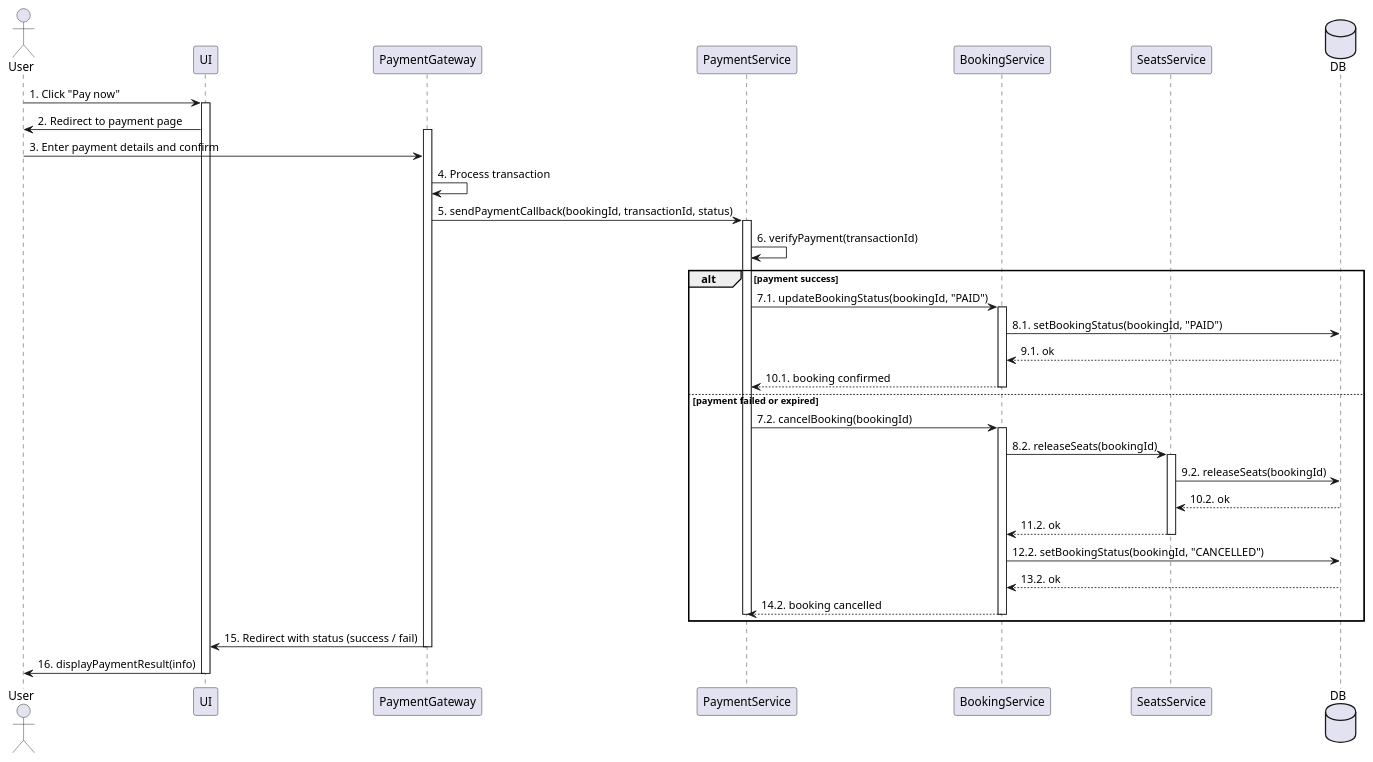
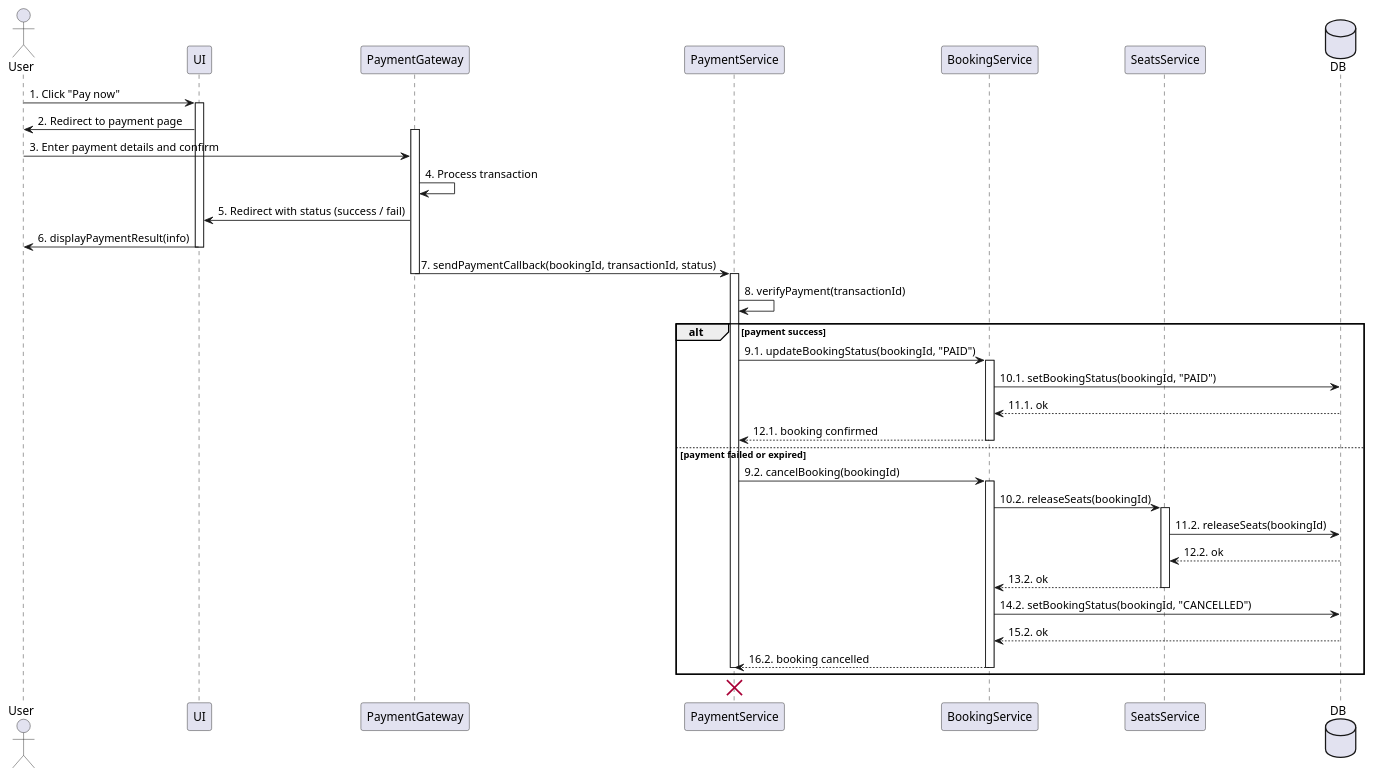
The diagram in Lab3/pay-online.puml (Fererra/KPI), drawn with PlantUML before and after one commit. The commit also changed 1 other file, not shown here.

Commit message:
refactor: update the online payment sequence diagram

```diff
--- a/Lab3/pay-online.puml
+++ b/Lab3/pay-online.puml
@@ -1,48 +1,49 @@
 @startuml
 actor User
 participant UI
 participant PaymentGateway as PG
 participant PaymentService as PS
 participant BookingService as BS
 participant SeatsService as SS
 database DB
 
 User -> UI : 1. Click "Pay now"
 activate UI
 UI -> User : 2. Redirect to payment page
 activate PG
 User -> PG : 3. Enter payment details and confirm
 PG -> PG : 4. Process transaction 
-PG -> PS : 5. sendPaymentCallback(bookingId, transactionId, status)
+PG -> UI : 5. Redirect with status (success / fail)
+UI -> User : 6. displayPaymentResult(info)
+deactivate UI
+PG -> PS : 7. sendPaymentCallback(bookingId, transactionId, status)
+deactivate PG
 activate PS
 
-PS -> PS : 6. verifyPayment(transactionId)
+PS -> PS : 8. verifyPayment(transactionId)
 
 alt payment success
-    PS -> BS : 7.1. updateBookingStatus(bookingId, "PAID")
+    PS -> BS : 9.1. updateBookingStatus(bookingId, "PAID")
     activate BS
-    BS -> DB : 8.1. setBookingStatus(bookingId, "PAID")
-    DB --> BS : 9.1. ok
-    BS --> PS : 10.1. booking confirmed
+    BS -> DB : 10.1. setBookingStatus(bookingId, "PAID")
+    DB --> BS : 11.1. ok
+    BS --> PS : 12.1. booking confirmed
     deactivate BS
 else payment failed or expired
-    PS -> BS : 7.2. cancelBooking(bookingId)
+    PS -> BS : 9.2. cancelBooking(bookingId)
     activate BS
-    BS -> SS : 8.2. releaseSeats(bookingId)
+    BS -> SS : 10.2. releaseSeats(bookingId)
     activate SS
-    SS -> DB : 9.2. releaseSeats(bookingId)
-    DB --> SS : 10.2. ok
-    SS --> BS : 11.2. ok
+    SS -> DB : 11.2. releaseSeats(bookingId)
+    DB --> SS : 12.2. ok
+    SS --> BS : 13.2. ok
     deactivate SS
-    BS -> DB : 12.2. setBookingStatus(bookingId, "CANCELLED")
-    DB --> BS : 13.2. ok
-    BS --> PS : 14.2. booking cancelled
+    BS -> DB : 14.2. setBookingStatus(bookingId, "CANCELLED")
+    DB --> BS : 15.2. ok
+    BS --> PS : 16.2. booking cancelled
     deactivate PS
     deactivate BS
 end
 
-PG -> UI : 15. Redirect with status (success / fail)
-deactivate PG
-UI -> User : 16. displayPaymentResult(info)
-deactivate UI
+destroy PS
 @enduml
```
